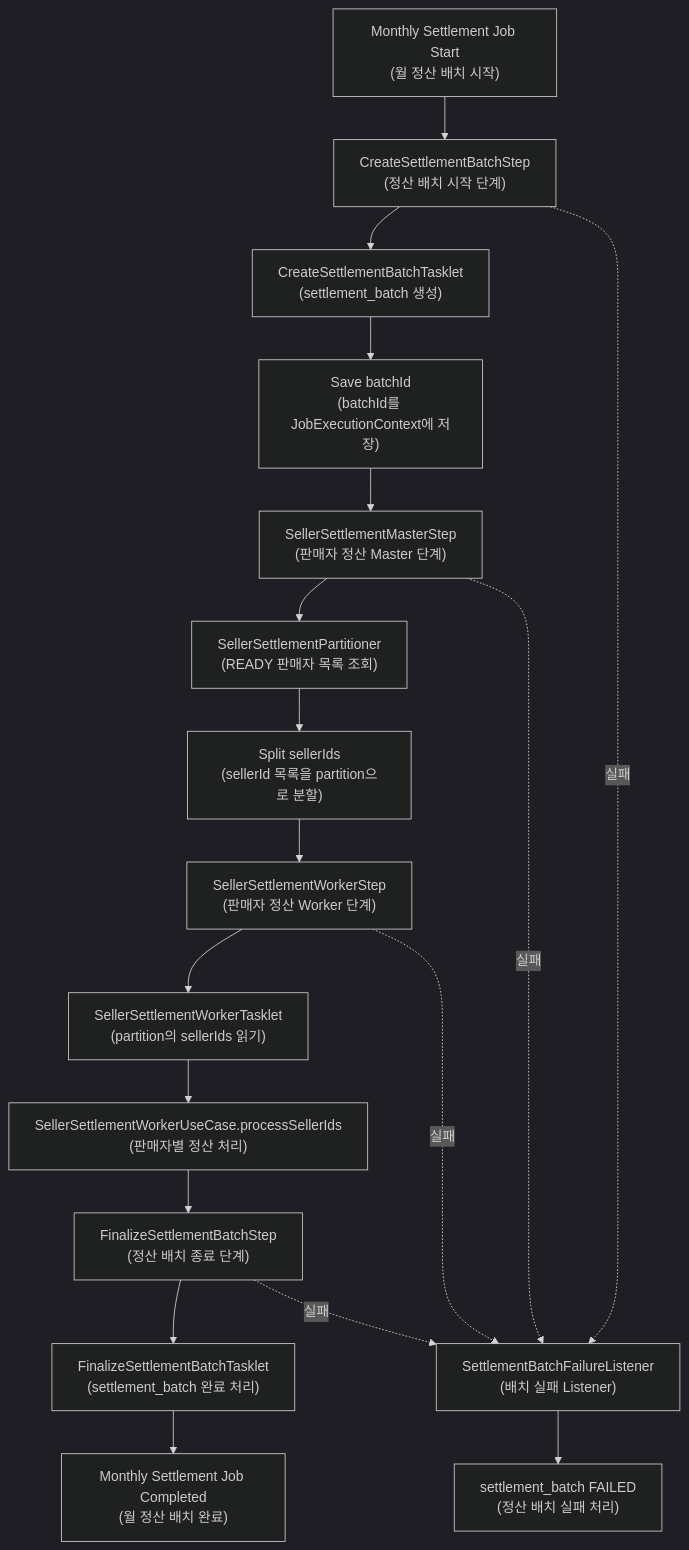
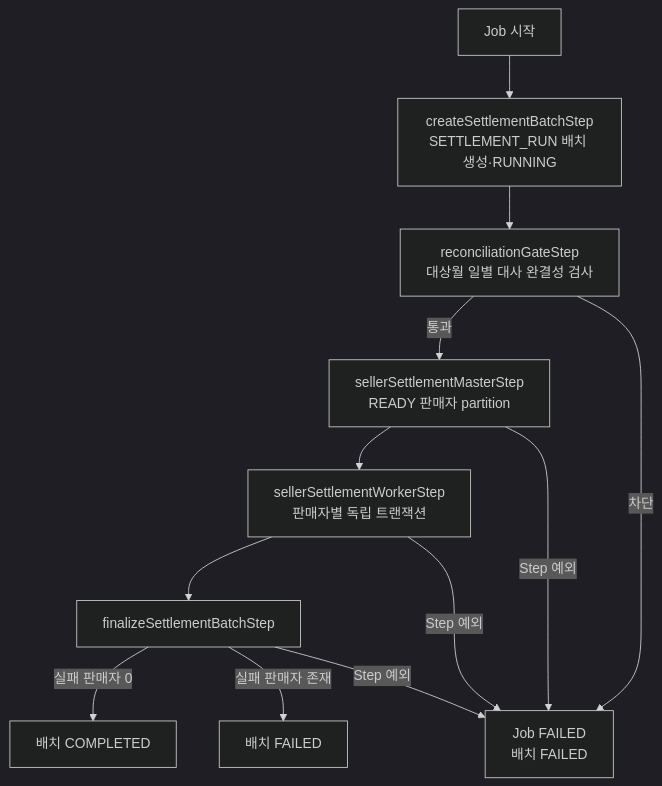
One commit to prgrms-be-adv-devcourse/beadv6_6_Let-sGPT_BE changed the diagram in settlement/docs/스프링_배치_설계.md. Above: the diagram before and after it, drawn with Mermaid (dark theme). The commit also changed other lines of this file and 25 other files, not shown here.

````diff
--- a/settlement/docs/스프링_배치_설계.md
+++ b/settlement/docs/스프링_배치_설계.md
@@ -443,42 +29,14 @@
 ```mermaid
 flowchart TD
-
-A["Monthly Settlement Job Start<br/>(월 정산 배치 시작)"]
-B["CreateSettlementBatchStep<br/>(정산 배치 시작 단계)"]
-C["CreateSettlementBatchTasklet<br/>(settlement_batch 생성)"]
-D["Save batchId<br/>(batchId를 JobExecutionContext에 저장)"]
-
-E["SellerSettlementMasterStep<br/>(판매자 정산 Master 단계)"]
-F["SellerSettlementPartitioner<br/>(READY 판매자 목록 조회)"]
-G["Split sellerIds<br/>(sellerId 목록을 partition으로 분할)"]
-
-H["SellerSettlementWorkerStep<br/>(판매자 정산 Worker 단계)"]
-I["SellerSettlementWorkerTasklet<br/>(partition의 sellerIds 읽기)"]
-J["SellerSettlementWorkerUseCase.processSellerIds<br/>(판매자별 정산 처리)"]
-
-K["FinalizeSettlementBatchStep<br/>(정산 배치 종료 단계)"]
-L["FinalizeSettlementBatchTasklet<br/>(settlement_batch 완료 처리)"]
-M["Monthly Settlement Job Completed<br/>(월 정산 배치 완료)"]
-
-X["SettlementBatchFailureListener<br/>(배치 실패 Listener)"]
-Y["settlement_batch FAILED<br/>(정산 배치 실패 처리)"]
-
-A --> B
-B --> C
-C --> D
-D --> E
-E --> F
-F --> G
-G --> H
-H --> I
-I --> J
-J --> K
-K --> L
-L --> M
-
-B -. 실패 .-> X
-E -. 실패 .-> X
-H -. 실패 .-> X
-K -. 실패 .-> X
-X --> Y
+    A["Job 시작"] --> B["createSettlementBatchStep<br/>SETTLEMENT_RUN 배치 생성·RUNNING"]
+    B --> C["reconciliationGateStep<br/>대상월 일별 대사 완결성 검사"]
+    C -->|통과| D["sellerSettlementMasterStep<br/>READY 판매자 partition"]
+    C -->|차단| X["Job FAILED<br/>배치 FAILED"]
+    D --> E["sellerSettlementWorkerStep<br/>판매자별 독립 트랜잭션"]
+    E --> F["finalizeSettlementBatchStep"]
+    F -->|실패 판매자 0| G["배치 COMPLETED"]
+    F -->|실패 판매자 존재| H["배치 FAILED"]
+    D -->|Step 예외| X
+    E -->|Step 예외| X
+    F -->|Step 예외| X
 ```
````
